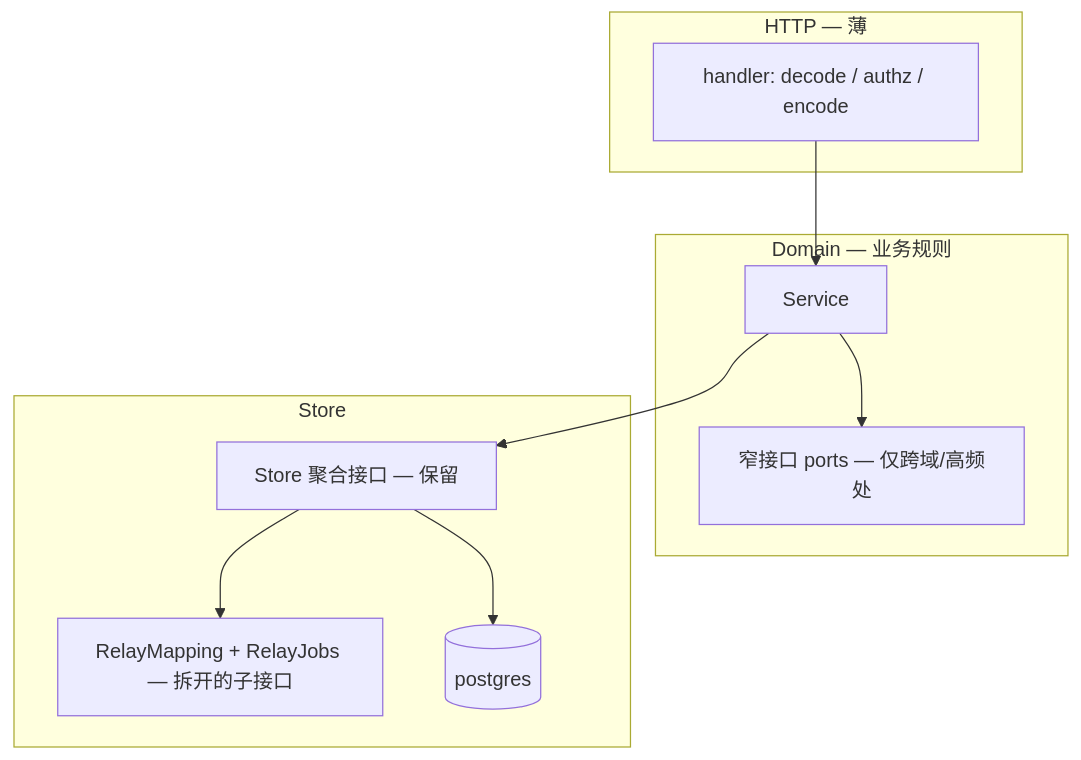
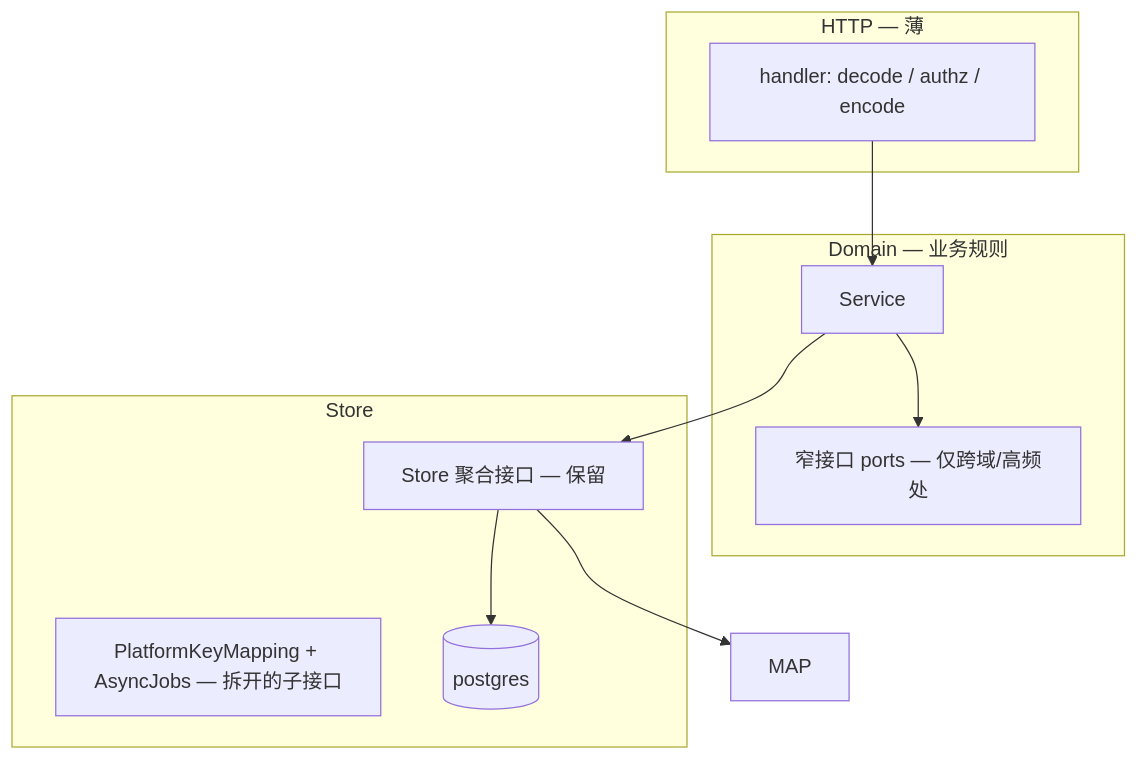
The diagram in docs/Backend-重构建议.md (quyip8818/mytokenjoy), drawn with Mermaid before and after one commit. The commit also changed other lines of this file and 169 other files, not shown here.

````diff
--- a/docs/Backend-重构建议.md
+++ b/docs/Backend-重构建议.md
@@ -27,20 +27,20 @@
 ```mermaid
 flowchart TB
   subgraph transport [HTTP — 薄]
     H[handler: decode / authz / encode]
   end
   subgraph domain [Domain — 业务规则]
     SVC[Service]
     PORTS[窄接口 ports — 仅跨域/高频处]
   end
   subgraph persistence [Store]
     ST[Store 聚合接口 — 保留]
-    RELAY[RelayMapping + RelayJobs — 拆开的子接口]
+    NEWAPI[PlatformKeyMapping + AsyncJobs — 拆开的子接口]
     PG[(postgres)]
   end
   H --> SVC
   SVC --> ST
   SVC --> PORTS
-  ST --> RELAY
+  ST --> MAP
   ST --> PG
 ```
````
